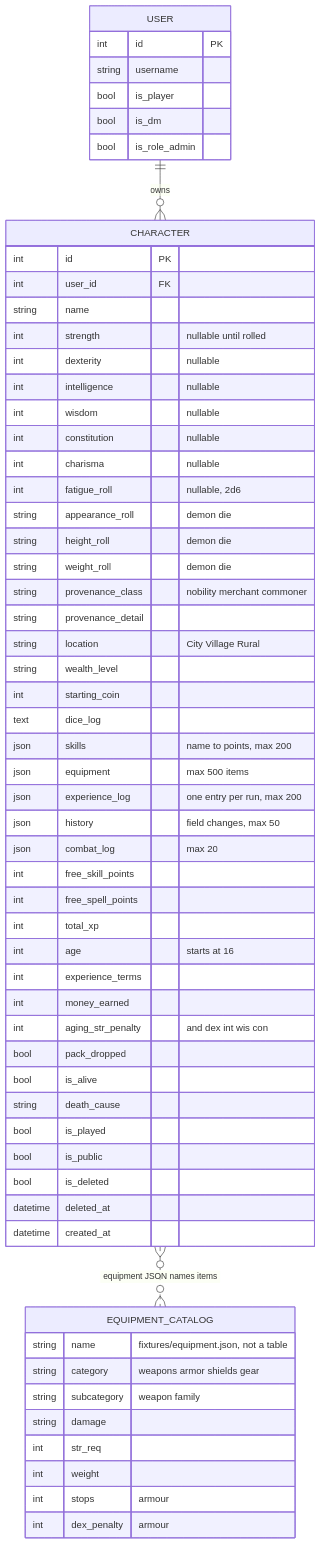
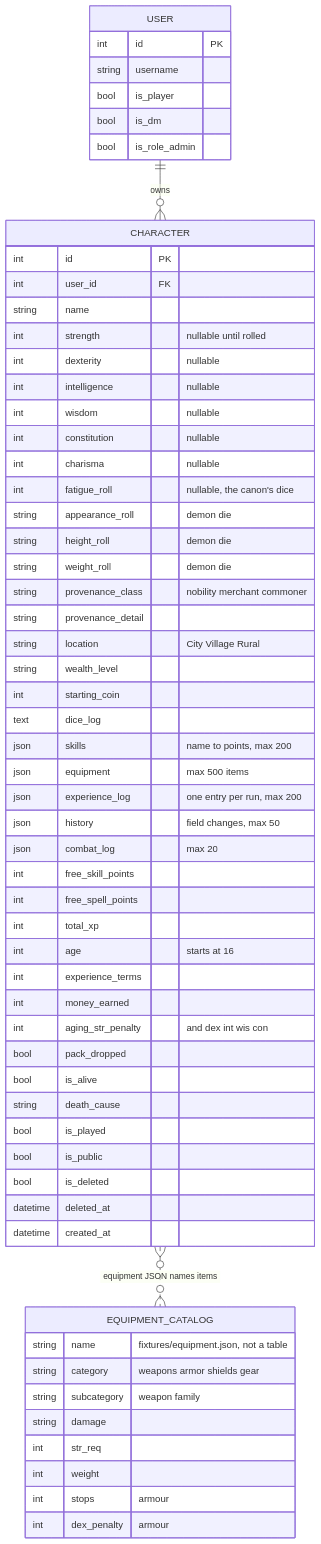
The eighth of 18 diagrams in docs/architecture.md (smarks/tarmar-studio), drawn with Mermaid before and after one commit. The commit also changed other lines of this file and 15 other files, not shown here.

First line of the commit message:
Take the attribute dice from the canon, prove creation follows it end to end, and say so in the docs (#59)

````diff
--- a/docs/architecture.md
+++ b/docs/architecture.md
@@ -644,63 +658,63 @@
 ```mermaid
 erDiagram
     USER ||--o{ CHARACTER : owns
     USER {
         int id PK
         string username
         bool is_player
         bool is_dm
         bool is_role_admin
     }
     CHARACTER {
         int id PK
         int user_id FK
         string name
         int strength "nullable until rolled"
         int dexterity "nullable"
         int intelligence "nullable"
         int wisdom "nullable"
         int constitution "nullable"
         int charisma "nullable"
-        int fatigue_roll "nullable, 2d6"
+        int fatigue_roll "nullable, the canon's dice"
         string appearance_roll "demon die"
         string height_roll "demon die"
         string weight_roll "demon die"
         string provenance_class "nobility merchant commoner"
         string provenance_detail
         string location "City Village Rural"
         string wealth_level
         int starting_coin
         text dice_log
         json skills "name to points, max 200"
         json equipment "max 500 items"
         json experience_log "one entry per run, max 200"
         json history "field changes, max 50"
         json combat_log "max 20"
         int free_skill_points
         int free_spell_points
         int total_xp
         int age "starts at 16"
         int experience_terms
         int money_earned
         int aging_str_penalty "and dex int wis con"
         bool pack_dropped
         bool is_alive
         string death_cause
         bool is_played
         bool is_public
         bool is_deleted
         datetime deleted_at
         datetime created_at
     }
     EQUIPMENT_CATALOG {
         string name "fixtures/equipment.json, not a table"
         string category "weapons armor shields gear"
         string subcategory "weapon family"
         string damage
         int str_req
         int weight
         int stops "armour"
         int dex_penalty "armour"
     }
     CHARACTER }o..o{ EQUIPMENT_CATALOG : "equipment JSON names items"
 ```
````
